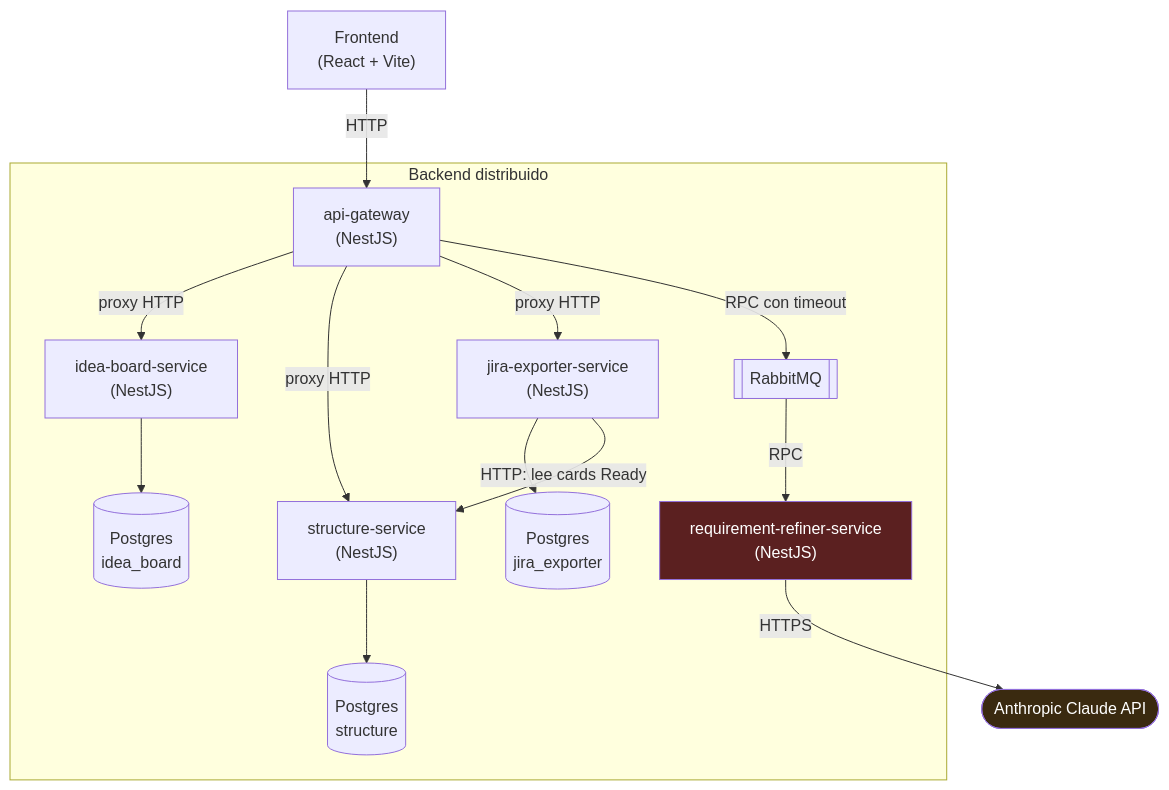
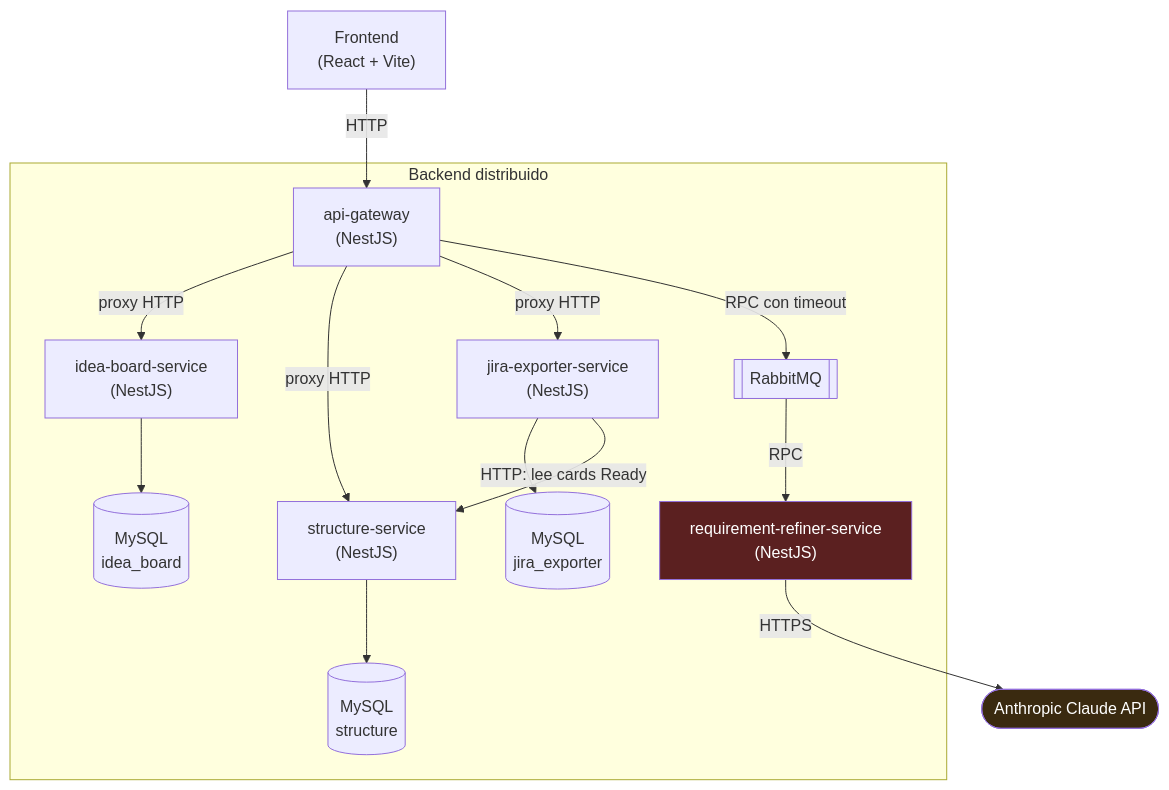
The diagram in ARCHITECTURE.md (jajaramillo24/ClarityHub), drawn with Mermaid before and after one commit. The commit also changed other lines of this file and 54 other files, not shown here.

````diff
--- a/ARCHITECTURE.md
+++ b/ARCHITECTURE.md
@@ -10,37 +10,37 @@
 ```mermaid
 flowchart TB
     FE["Frontend<br/>(React + Vite)"]
 
     subgraph Backend["Backend distribuido"]
         GW["api-gateway<br/>(NestJS)"]
 
         IB["idea-board-service<br/>(NestJS)"]
         RR["requirement-refiner-service<br/>(NestJS)"]
         ST["structure-service<br/>(NestJS)"]
         JE["jira-exporter-service<br/>(NestJS)"]
 
         MQ[["RabbitMQ"]]
 
-        DB1[("Postgres<br/>idea_board")]
-        DB2[("Postgres<br/>structure")]
-        DB3[("Postgres<br/>jira_exporter")]
+        DB1[("MySQL<br/>idea_board")]
+        DB2[("MySQL<br/>structure")]
+        DB3[("MySQL<br/>jira_exporter")]
     end
 
     CLAUDE(["Anthropic Claude API"])
 
     FE -->|HTTP| GW
     GW -->|proxy HTTP| IB
     GW -->|proxy HTTP| ST
     GW -->|proxy HTTP| JE
     GW -->|RPC con timeout| MQ
     MQ -->|RPC| RR
     RR -->|HTTPS| CLAUDE
 
     IB --> DB1
     ST --> DB2
     JE --> DB3
     JE -->|HTTP: lee cards Ready| ST
 
     style RR fill:#5b2020,color:#fff
     style CLAUDE fill:#3a2a10,color:#fff
 ```
````
